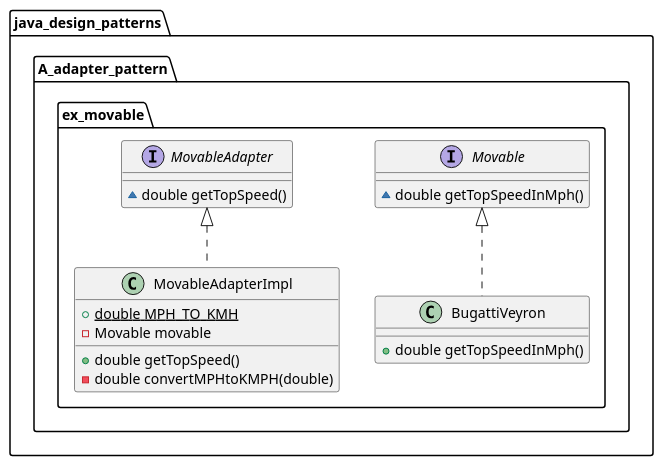
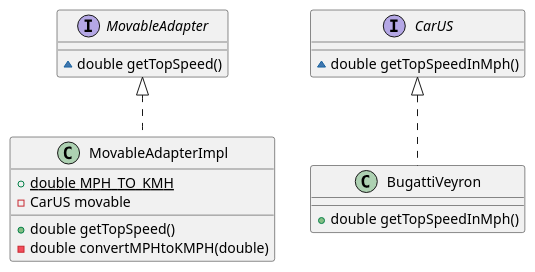
Before and after one commit to JonasHellgren/JavaBasics: the diagram in out/production/java-fundamentals/java_design_patterns/A_adapter_pattern/ex_movable/movableUML.puml, drawn with PlantUML. The commit also changed 20 other files, not shown here.

Commit message:
CarAdapter

```diff
--- a/out/production/java-fundamentals/java_design_patterns/A_adapter_pattern/ex_movable/movableUML.puml
+++ b/out/production/java-fundamentals/java_design_patterns/A_adapter_pattern/ex_movable/movableUML.puml
@@ -1,21 +1,21 @@
 @startuml
-class java_design_patterns.A_adapter_pattern.ex_movable.MovableAdapterImpl {
+class MovableAdapterImpl {
 + {static} double MPH_TO_KMH
-- Movable movable
+- CarUS movable
 + double getTopSpeed()
 - double convertMPHtoKMPH(double)
 }
-interface java_design_patterns.A_adapter_pattern.ex_movable.Movable {
+interface CarUS {
 ~ double getTopSpeedInMph()
 }
-interface java_design_patterns.A_adapter_pattern.ex_movable.MovableAdapter {
+interface MovableAdapter {
 ~ double getTopSpeed()
 }
-class java_design_patterns.A_adapter_pattern.ex_movable.BugattiVeyron {
+class BugattiVeyron {
 + double getTopSpeedInMph()
 }
 
 
-java_design_patterns.A_adapter_pattern.ex_movable.MovableAdapter <|.. java_design_patterns.A_adapter_pattern.ex_movable.MovableAdapterImpl
-java_design_patterns.A_adapter_pattern.ex_movable.Movable <|.. java_design_patterns.A_adapter_pattern.ex_movable.BugattiVeyron
+MovableAdapter <|.. MovableAdapterImpl
+CarUS <|.. BugattiVeyron
 @enduml
```
